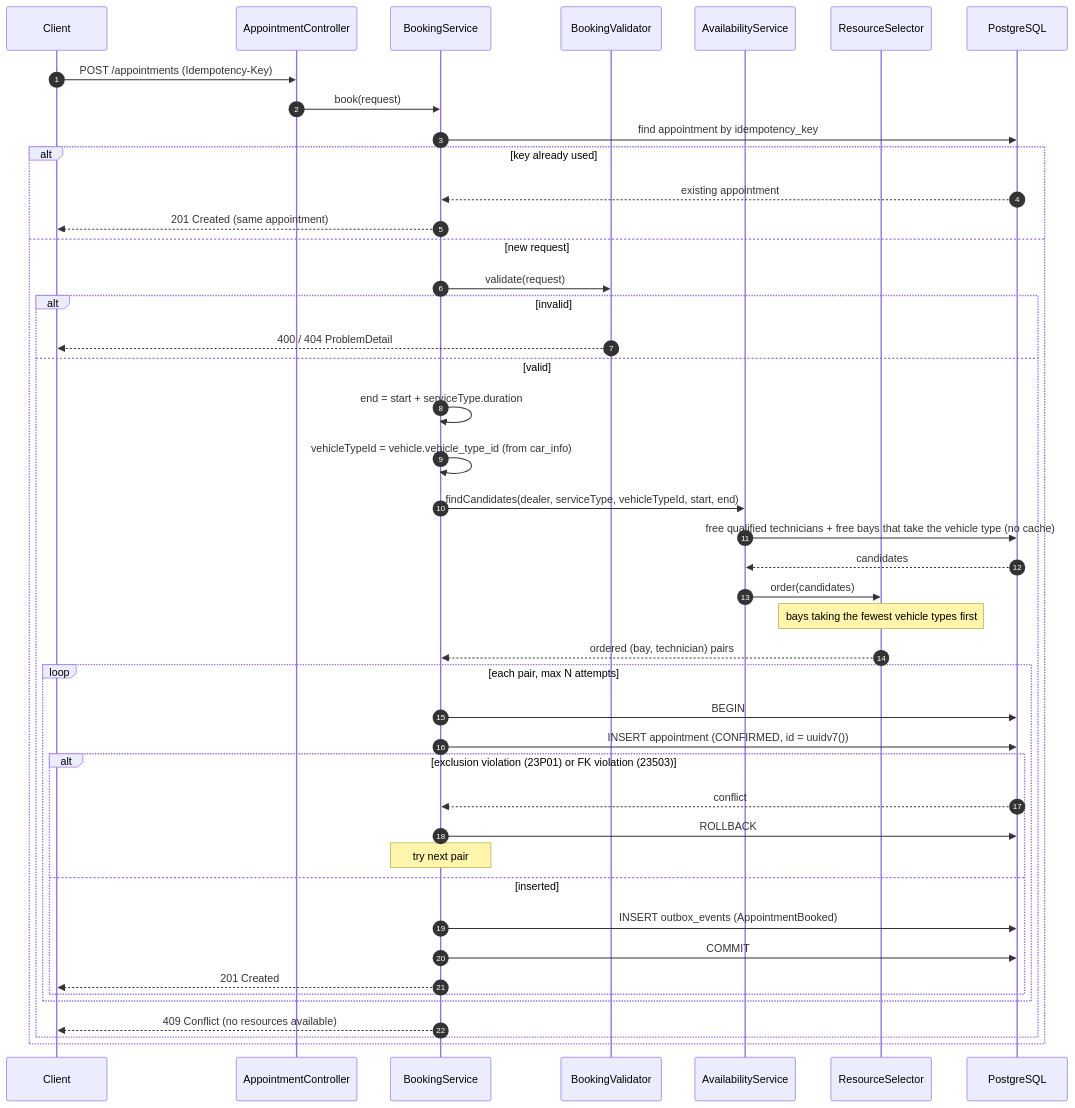
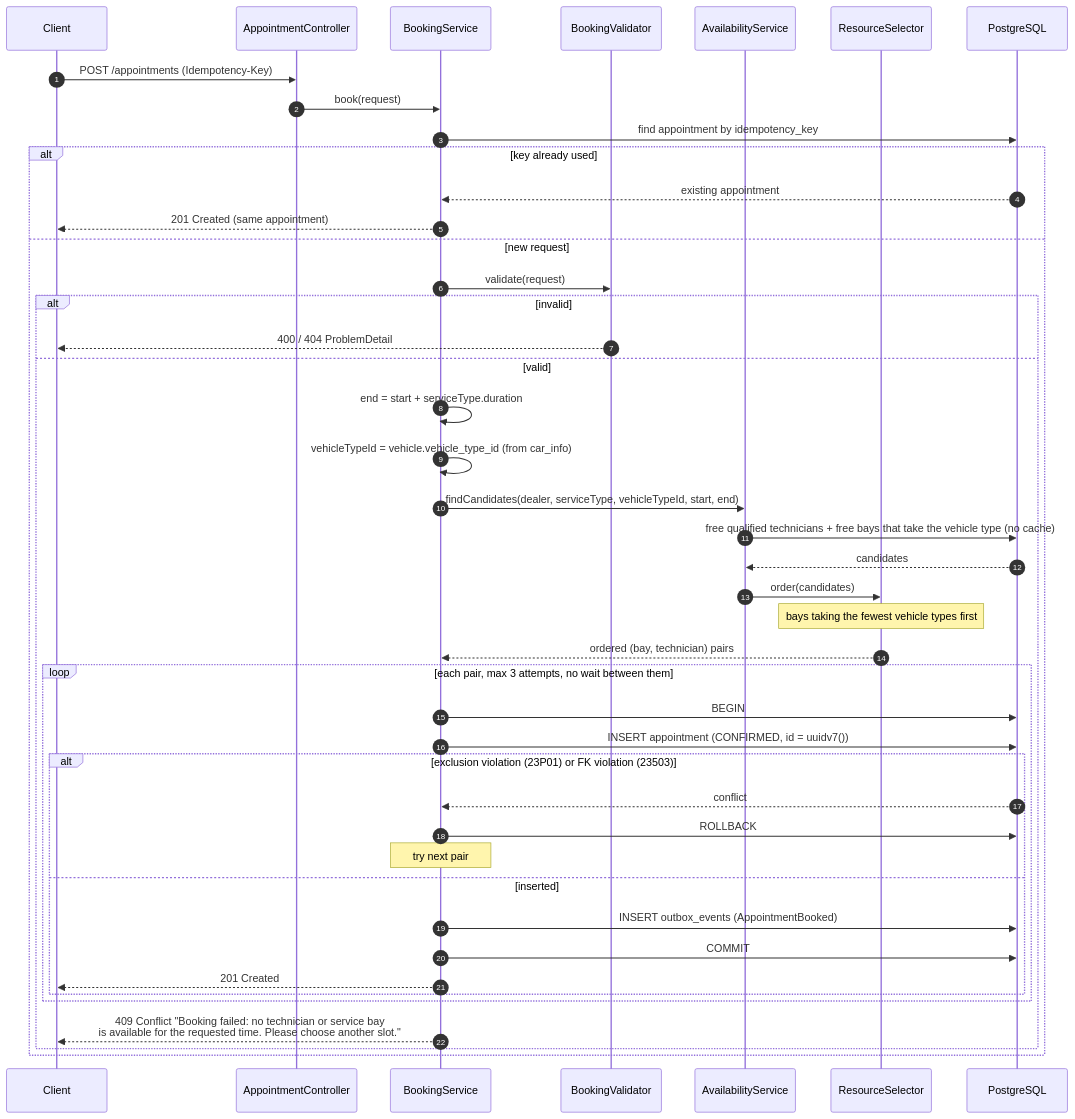
One commit to Rubynam/keyloop changed the diagram in docs/diagrams/dld/05-seq-book-appointment.mermaid. Above: the diagram before and after it, drawn with Mermaid. The commit also changed 42 other files, not shown here.

First line of the commit message:
feat: close scaffolding with Spec04 (outbox retry schema, relay worker skeleton, Testcontainers)

```diff
--- a/docs/diagrams/dld/05-seq-book-appointment.mermaid
+++ b/docs/diagrams/dld/05-seq-book-appointment.mermaid
@@ -1,45 +1,45 @@
 sequenceDiagram
     autonumber
     participant C as Client
     participant AC as AppointmentController
     participant BS as BookingService
     participant V as BookingValidator
     participant AVS as AvailabilityService
     participant RS as ResourceSelector
     participant PG as PostgreSQL
 
     C->>AC: POST /appointments (Idempotency-Key)
     AC->>BS: book(request)
     BS->>PG: find appointment by idempotency_key
     alt key already used
         PG-->>BS: existing appointment
         BS-->>C: 201 Created (same appointment)
     else new request
         BS->>V: validate(request)
         alt invalid
             V-->>C: 400 / 404 ProblemDetail
         else valid
             BS->>BS: end = start + serviceType.duration
             BS->>BS: vehicleTypeId = vehicle.vehicle_type_id (from car_info)
             BS->>AVS: findCandidates(dealer, serviceType, vehicleTypeId, start, end)
             AVS->>PG: free qualified technicians + free bays that take the vehicle type (no cache)
             PG-->>AVS: candidates
             AVS->>RS: order(candidates)
             Note over RS: bays taking the fewest vehicle types first
             RS-->>BS: ordered (bay, technician) pairs
-            loop each pair, max N attempts
+            loop each pair, max 3 attempts, no wait between them
                 BS->>PG: BEGIN
                 BS->>PG: INSERT appointment (CONFIRMED, id = uuidv7())
                 alt exclusion violation (23P01) or FK violation (23503)
                     PG-->>BS: conflict
                     BS->>PG: ROLLBACK
                     Note over BS: try next pair
                 else inserted
                     BS->>PG: INSERT outbox_events (AppointmentBooked)
                     BS->>PG: COMMIT
                     BS-->>C: 201 Created
                 end
             end
-            BS-->>C: 409 Conflict (no resources available)
+            BS-->>C: 409 Conflict "Booking failed: no technician or service bay<br/>is available for the requested time. Please choose another slot."
         end
     end
```
